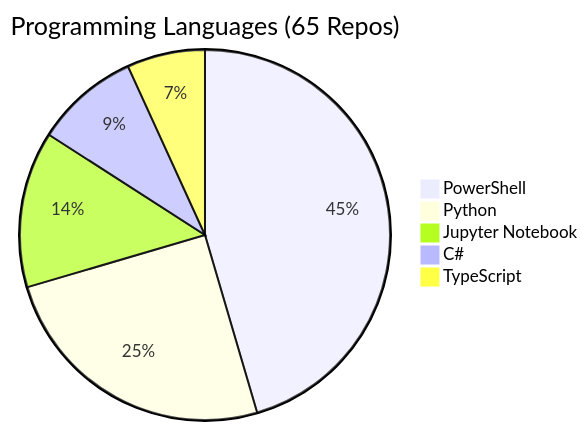
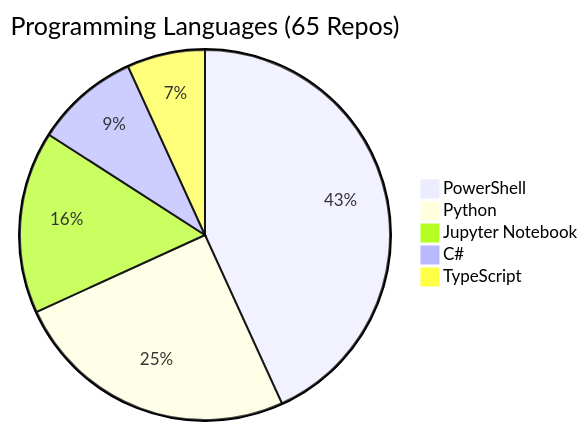
Before and after one commit to fabioc-aloha/fabioc-aloha: the diagram in REPOS.md, drawn with Mermaid. The commit also changed other lines of this file and 1 other file, not shown here.

````diff
--- a/REPOS.md
+++ b/REPOS.md
@@ -108,8 +108,8 @@
 ```mermaid
 pie title Programming Languages (65 Repos)
-    "PowerShell" : 20
+    "PowerShell" : 19
     "Python" : 11
-    "Jupyter Notebook" : 6
+    "Jupyter Notebook" : 7
     "C#" : 4
     "TypeScript" : 3
 ```
````
